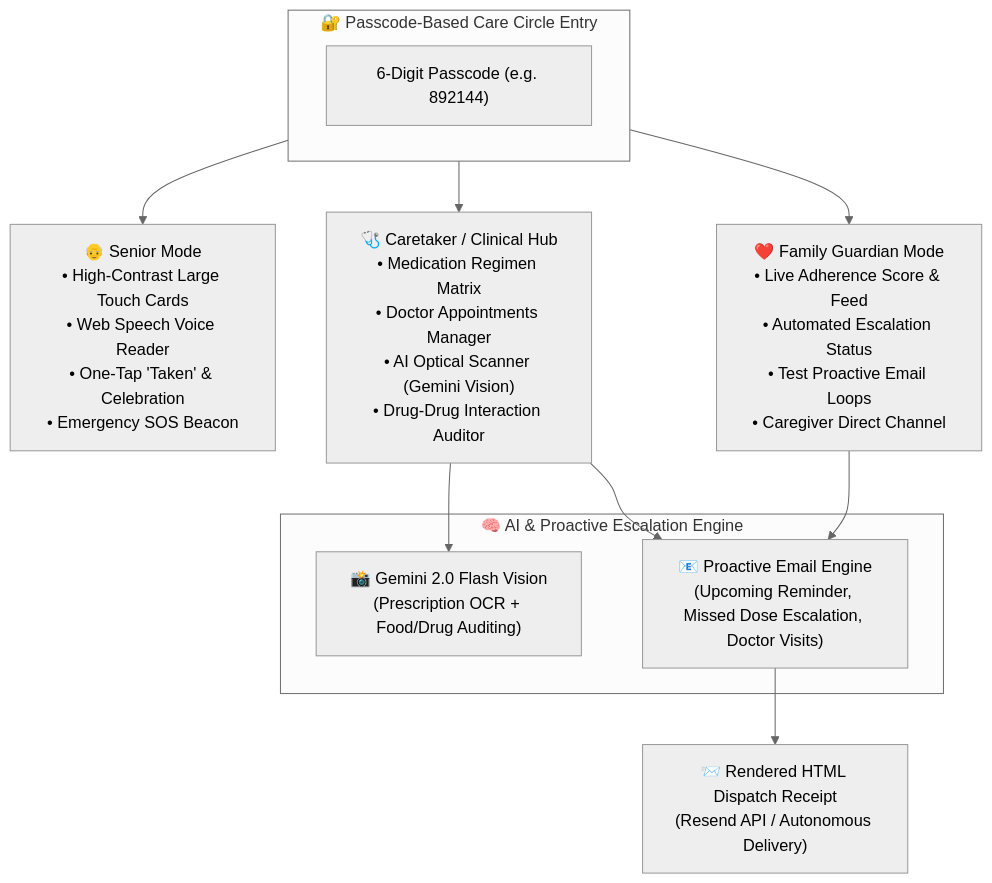
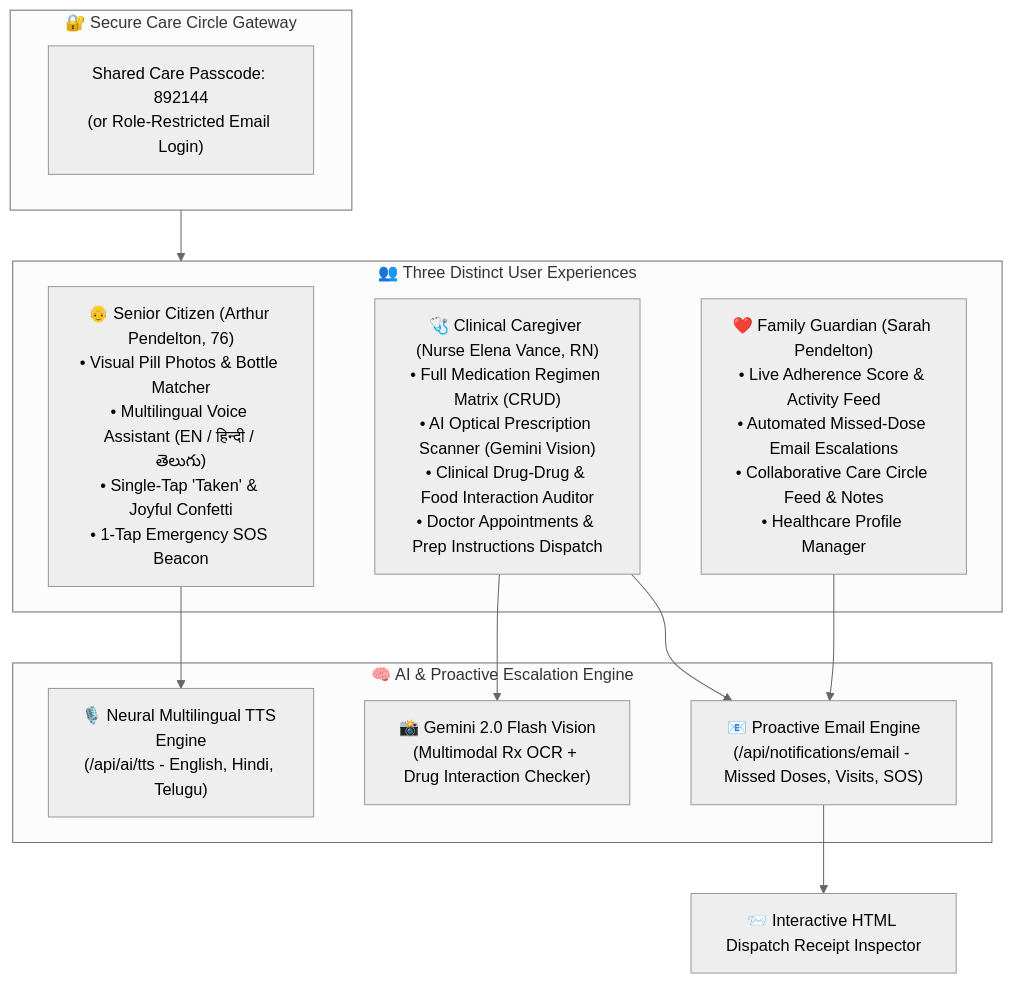
One commit to RangaVenkataSai/carenest-care changed the diagram in README.md. Above: the diagram before and after it, drawn with Mermaid (neutral theme). The commit also changed other lines of this file, not shown here.

Commit message:
docs: comprehensive hackathon documentation covering visual pill ID, multilingual TTS, and login portal

````diff
--- a/README.md
+++ b/README.md
@@ -24,19 +32,24 @@
 ```mermaid
 flowchart TD
-    subgraph Auth["🔐 Passcode-Based Care Circle Entry"]
-        PIN["6-Digit Passcode (e.g. 892144)"]
+    subgraph Access["🔐 Secure Care Circle Gateway"]
+        PIN["Shared Care Passcode: 892144\n(or Role-Restricted Email Login)"]
     end
 
-    Auth --> SeniorView["👴 Senior Mode\n• High-Contrast Large Touch Cards\n• Web Speech Voice Reader\n• One-Tap 'Taken' & Celebration\n• Emergency SOS Beacon"]
-    Auth --> FamilyView["❤️ Family Guardian Mode\n• Live Adherence Score & Feed\n• Automated Escalation Status\n• Test Proactive Email Loops\n• Caregiver Direct Channel"]
-    Auth --> CaretakerView["🩺 Caretaker / Clinical Hub\n• Medication Regimen Matrix\n• Doctor Appointments Manager\n• AI Optical Scanner (Gemini Vision)\n• Drug-Drug Interaction Auditor"]
+    subgraph Personas["👥 Three Distinct User Experiences"]
+        Senior["👴 Senior Citizen (Arthur Pendelton, 76)\n• Visual Pill Photos & Bottle Matcher\n• Multilingual Voice Assistant (EN / हिन्दी / తెలుగు)\n• Single-Tap 'Taken' & Joyful Confetti\n• 1-Tap Emergency SOS Beacon"]
+        Family["❤️ Family Guardian (Sarah Pendelton)\n• Live Adherence Score & Activity Feed\n• Automated Missed-Dose Email Escalations\n• Collaborative Care Circle Feed & Notes\n• Healthcare Profile Manager"]
+        Caregiver["🩺 Clinical Caregiver (Nurse Elena Vance, RN)\n• Full Medication Regimen Matrix (CRUD)\n• AI Optical Prescription Scanner (Gemini Vision)\n• Clinical Drug-Drug & Food Interaction Auditor\n• Doctor Appointments & Prep Instructions Dispatch"]
+    end
 
     subgraph Intelligence["🧠 AI & Proactive Escalation Engine"]
-        Gemini["📸 Gemini 2.0 Flash Vision\n(Prescription OCR + Food/Drug Auditing)"]
-        EmailGateway["📧 Proactive Email Engine\n(Upcoming Reminder, Missed Dose Escalation, Doctor Visits)"]
+        TTS["🎙️ Neural Multilingual TTS Engine\n(/api/ai/tts - English, Hindi, Telugu)"]
+        VisionAI["📸 Gemini 2.0 Flash Vision\n(Multimodal Rx OCR + Drug Interaction Checker)"]
+        EmailGateway["📧 Proactive Email Engine\n(/api/notifications/email - Missed Doses, Visits, SOS)"]
     end
 
-    CaretakerView --> Gemini
-    FamilyView & CaretakerView --> EmailGateway
-    EmailGateway --> DeliveryReceipt["📨 Rendered HTML Dispatch Receipt\n(Resend API / Autonomous Delivery)"]
+    Access --> Personas
+    Senior --> TTS
+    Caregiver --> VisionAI
+    Family & Caregiver --> EmailGateway
+    EmailGateway --> DispatchedReceipt["📨 Interactive HTML Dispatch Receipt Inspector"]
 ```
````
